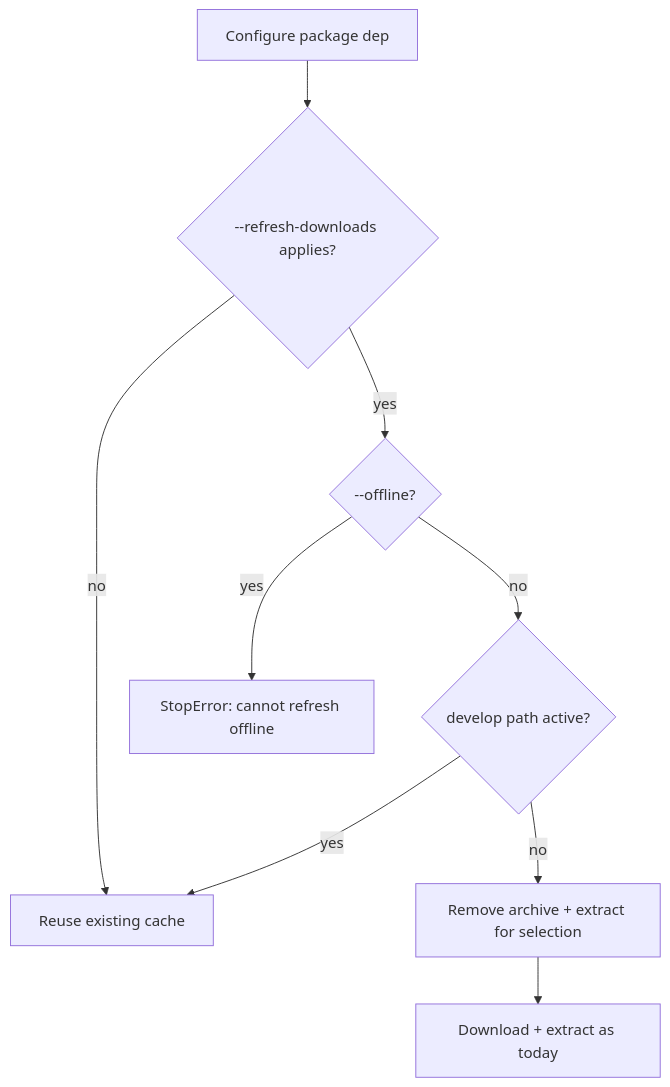
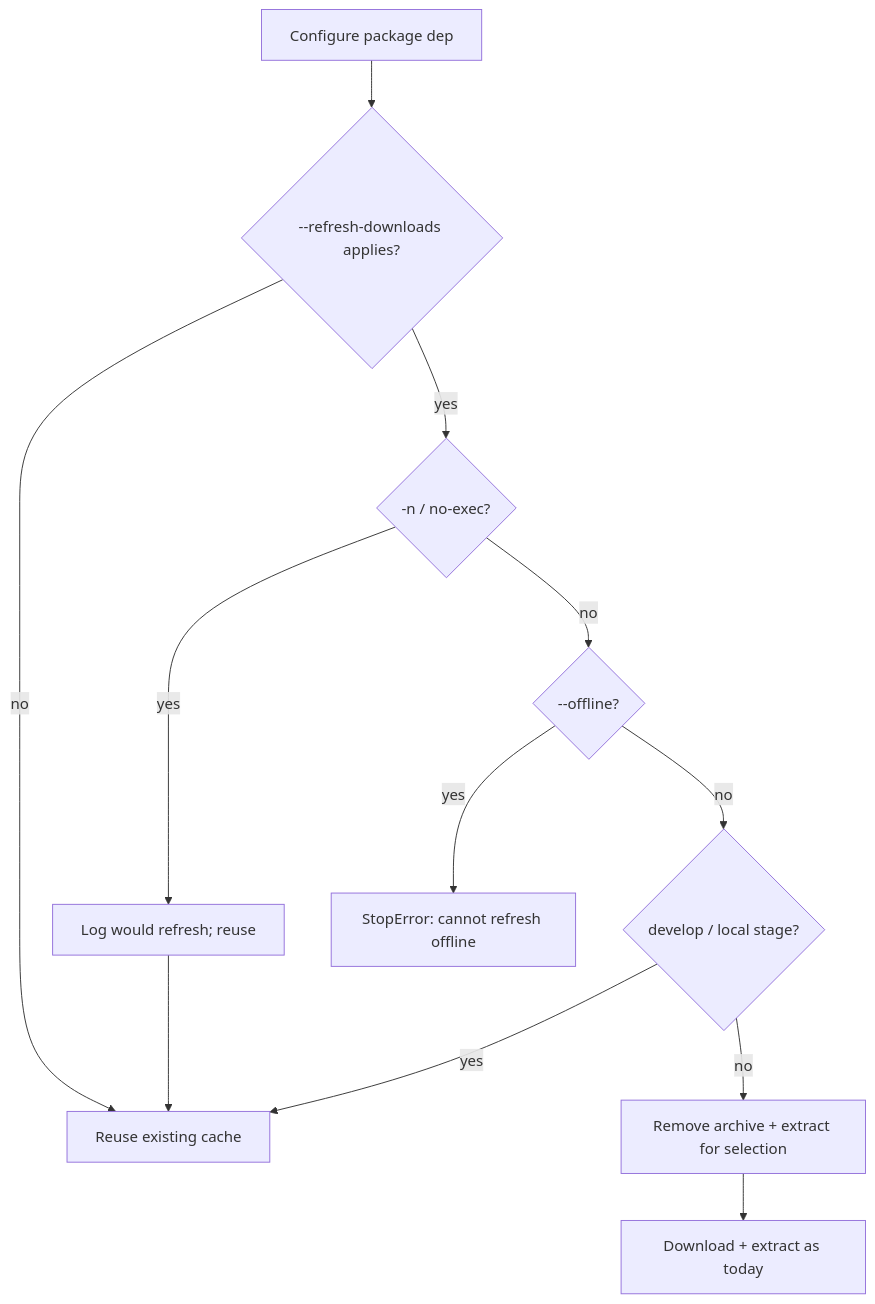
One commit to ja11sop/cuppa changed the diagram in design/plans/package-download-refresh.md. Above: the diagram before and after it, drawn with Mermaid. The commit also changed other lines of this file and 10 other files, not shown here.

````diff
--- a/design/plans/package-download-refresh.md
+++ b/design/plans/package-download-refresh.md
@@ -97,18 +77,22 @@
 ```mermaid
 flowchart TD
   start[Configure package dep]
   refresh{"--refresh-downloads applies?"}
+  dry{"-n / no-exec?"}
   offline{"--offline?"}
-  develop{"develop path active?"}
+  develop{"develop / local stage?"}
   drop[Remove archive + extract for selection]
   fetch[Download + extract as today]
   reuse[Reuse existing cache]
   start --> refresh
   refresh -->|no| reuse
-  refresh -->|yes| offline
+  refresh -->|yes| dry
+  dry -->|yes| notice[Log would refresh; reuse]
+  notice --> reuse
+  dry -->|no| offline
   offline -->|yes| fail[StopError: cannot refresh offline]
   offline -->|no| develop
   develop -->|yes| reuse
   develop -->|no| drop
   drop --> fetch
 ```
````
